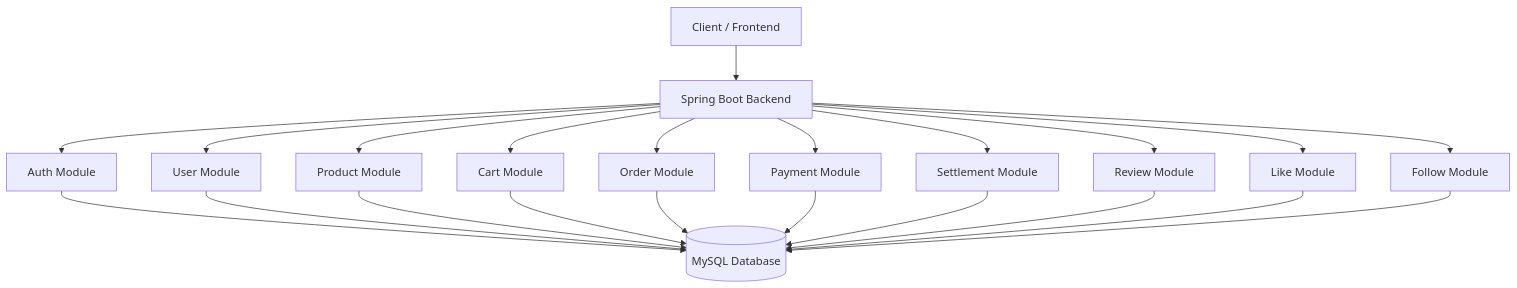
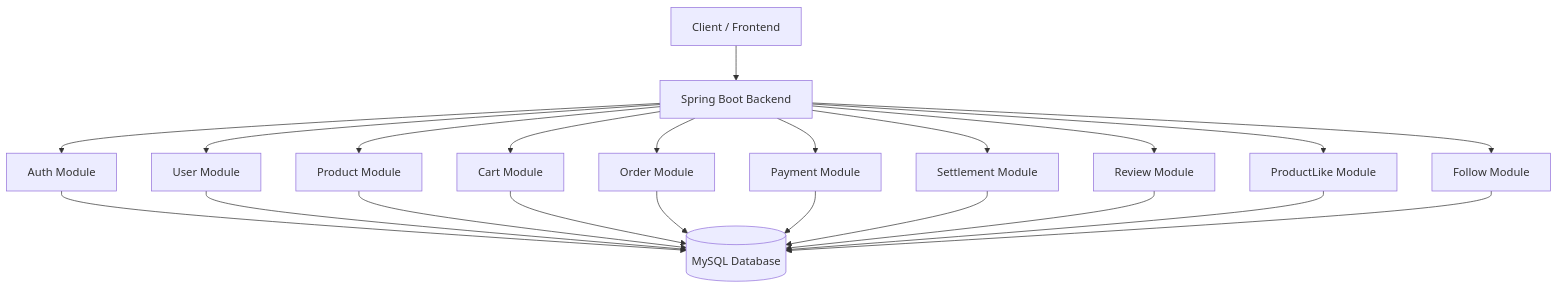
Before and after one commit to cutech99/social-commerce-backend: the first of 2 diagrams in README.md, drawn with Mermaid. The commit also changed other lines of this file, not shown here.

````diff
--- a/README.md
+++ b/README.md
@@ -296,26 +479,26 @@
 ```mermaid
 flowchart TD
     Client[Client / Frontend] --> API[Spring Boot Backend]
 
     API --> Auth[Auth Module]
     API --> User[User Module]
     API --> Product[Product Module]
     API --> Cart[Cart Module]
     API --> Order[Order Module]
     API --> Payment[Payment Module]
     API --> Settlement[Settlement Module]
     API --> Review[Review Module]
-    API --> Like[Like Module]
+    API --> ProductLike[ProductLike Module]
     API --> Follow[Follow Module]
 
     Auth --> DB[(MySQL Database)]
     User --> DB
     Product --> DB
     Cart --> DB
     Order --> DB
     Payment --> DB
     Settlement --> DB
     Review --> DB
-    Like --> DB
+    ProductLike --> DB
     Follow --> DB
 ```
````
